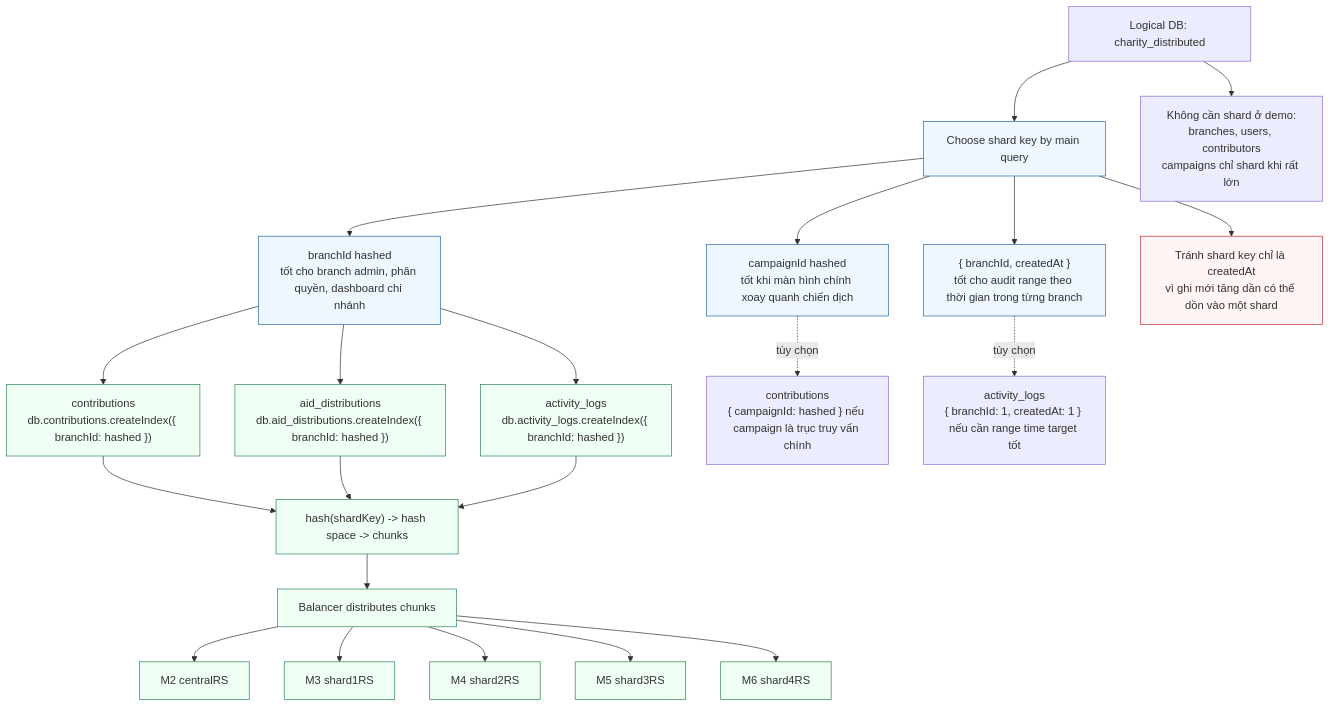
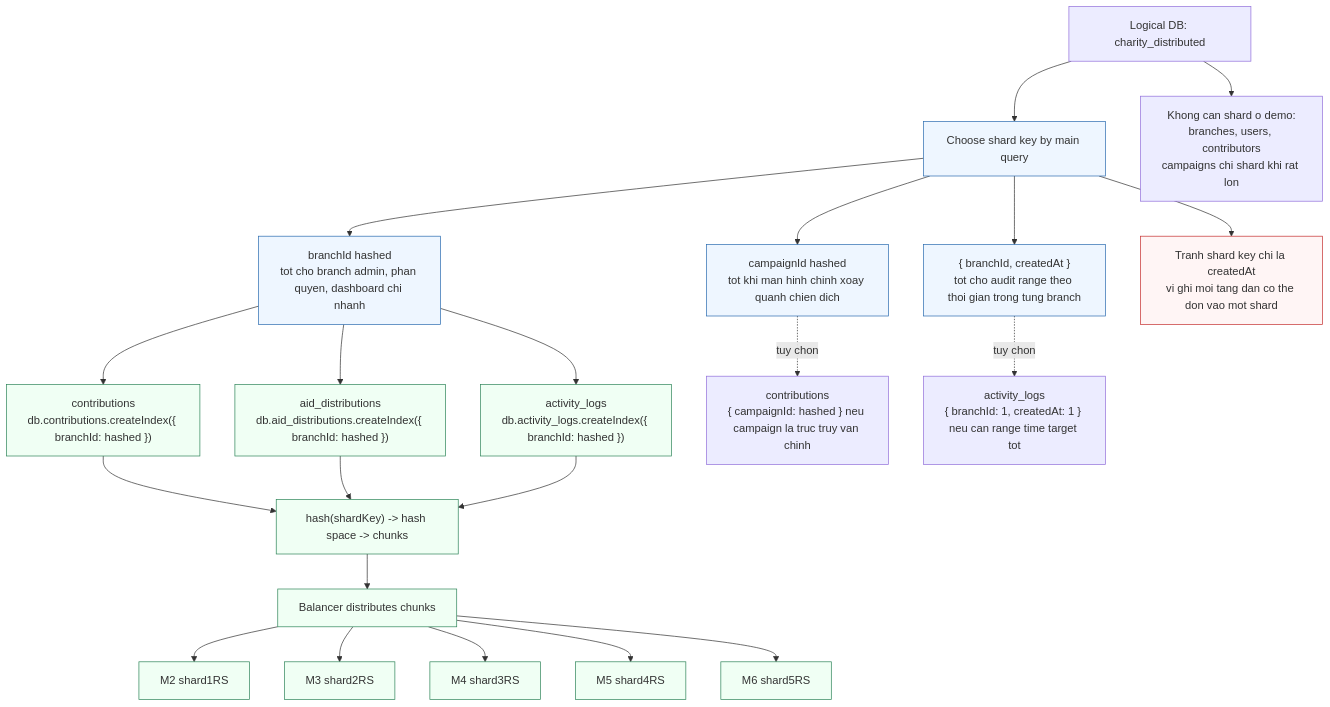
The diagram in huong-dan/Thiết kế csdl/mermail/13-sharding-strategy-4-shard.mmd (Sagitoaz/CSDLPT), drawn with Mermaid before and after one commit. The commit also changed 5 other files, not shown here.

```diff
--- a/huong-dan/Thiết kế csdl/mermail/13-sharding-strategy-4-shard.mmd
+++ b/huong-dan/Thiết kế csdl/mermail/13-sharding-strategy-4-shard.mmd
@@ -1,37 +1,37 @@
 flowchart TB
     db["Logical DB: charity_distributed"] --> choose["Choose shard key by main query"]
 
-    choose --> bkey["branchId hashed<br/>tốt cho branch admin, phân quyền, dashboard chi nhánh"]
-    choose --> ckey["campaignId hashed<br/>tốt khi màn hình chính xoay quanh chiến dịch"]
-    choose --> timekey["{ branchId, createdAt }<br/>tốt cho audit range theo thời gian trong từng branch"]
+    choose --> bkey["branchId hashed<br/>tot cho branch admin, phan quyen, dashboard chi nhanh"]
+    choose --> ckey["campaignId hashed<br/>tot khi man hinh chinh xoay quanh chien dich"]
+    choose --> timekey["{ branchId, createdAt }<br/>tot cho audit range theo thoi gian trong tung branch"]
 
     bkey --> sharded1["contributions<br/>db.contributions.createIndex({ branchId: hashed })"]
     bkey --> sharded2["aid_distributions<br/>db.aid_distributions.createIndex({ branchId: hashed })"]
     bkey --> sharded3["activity_logs<br/>db.activity_logs.createIndex({ branchId: hashed })"]
 
-    ckey -. tùy chọn .-> alt1["contributions<br/>{ campaignId: hashed } nếu campaign là trục truy vấn chính"]
-    timekey -. tùy chọn .-> alt2["activity_logs<br/>{ branchId: 1, createdAt: 1 } nếu cần range time target tốt"]
+    ckey -. tuy chon .-> alt1["contributions<br/>{ campaignId: hashed } neu campaign la truc truy van chinh"]
+    timekey -. tuy chon .-> alt2["activity_logs<br/>{ branchId: 1, createdAt: 1 } neu can range time target tot"]
 
     sharded1 --> hash["hash(shardKey) -> hash space -> chunks"]
     sharded2 --> hash
     sharded3 --> hash
 
     hash --> balancer["Balancer distributes chunks"]
-    balancer --> m2["M2 centralRS"]
-    balancer --> m3["M3 shard1RS"]
-    balancer --> m4["M4 shard2RS"]
-    balancer --> m5["M5 shard3RS"]
-    balancer --> m6["M6 shard4RS"]
+    balancer --> m2["M2 shard1RS"]
+    balancer --> m3["M3 shard2RS"]
+    balancer --> m4["M4 shard3RS"]
+    balancer --> m5["M5 shard4RS"]
+    balancer --> m6["M6 shard5RS"]
 
-    no_shard["Không cần shard ở demo:<br/>branches, users, contributors<br/>campaigns chỉ shard khi rất lớn"]
+    no_shard["Khong can shard o demo:<br/>branches, users, contributors<br/>campaigns chi shard khi rat lon"]
     db --> no_shard
 
-    warning["Tránh shard key chỉ là createdAt<br/>vì ghi mới tăng dần có thể dồn vào một shard"]
+    warning["Tranh shard key chi la createdAt<br/>vi ghi moi tang dan co the don vao mot shard"]
     choose --> warning
 
     classDef shard fill:#f0fff4,stroke:#2f855a,stroke-width:1px;
     classDef key fill:#eef6ff,stroke:#2b6cb0,stroke-width:1px;
     classDef warn fill:#fff5f5,stroke:#c53030,stroke-width:1px;
     class bkey,ckey,timekey,key,choose key;
     class sharded1,sharded2,sharded3,hash,balancer,m2,m3,m4,m5,m6 shard;
     class warning warn;
```
